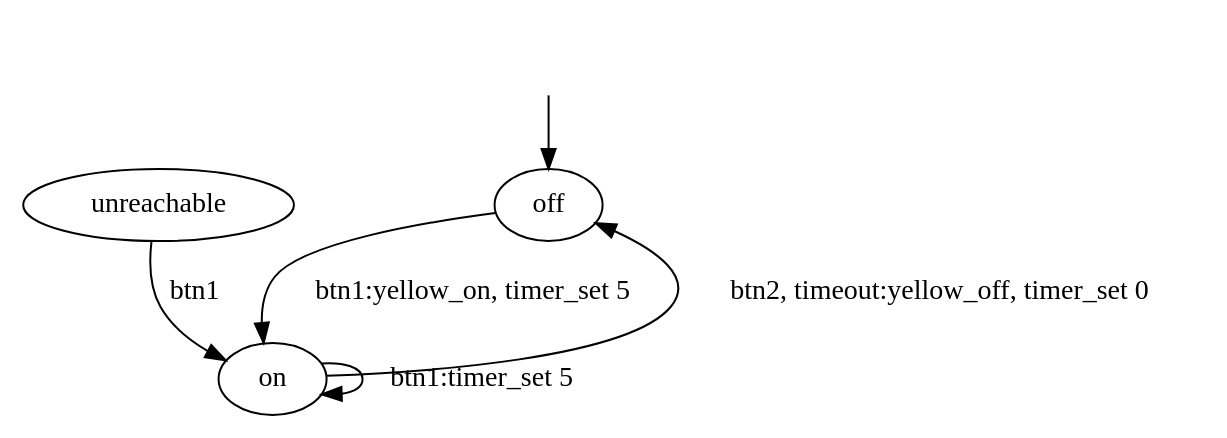
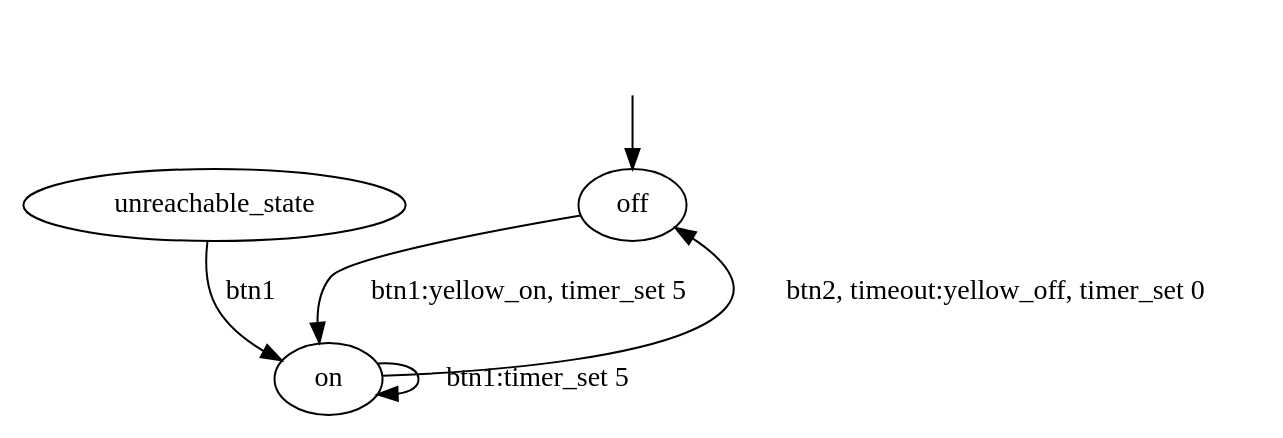
One commit to SipakovV/fsm-code-generator changed the diagram in finite_automata/transducers/dot_source_files/demo.dot. Above: the diagram before and after it, drawn with Graphviz. The commit also changed 2 other files, not shown here.

```diff
--- a/finite_automata/transducers/dot_source_files/demo.dot
+++ b/finite_automata/transducers/dot_source_files/demo.dot
@@ -1,13 +1,13 @@
 digraph G {
     edge [comment="Wildcard node added automatic in EG."];
     node [comment="Wildcard node added automatic in EG."];
     "off";
     "on";
     "START" [style="invis"];
     "START" -> "off";
     "off" -> "on"  [label="btn1:yellow_on, timer_set 5"];
     "on" -> "off"  [label="btn2, timeout:yellow_off, timer_set 0"];
     "on" -> "on"  [label="btn1:timer_set 5"];
-    "unreachable";
-    "unreachable" -> "on"  [label="btn1"];
+    "unreachable_state";
+    "unreachable_state" -> "on"  [label="btn1"];
 }
```
